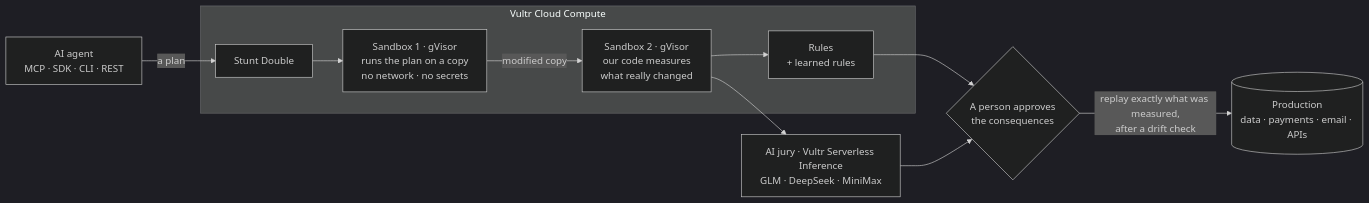
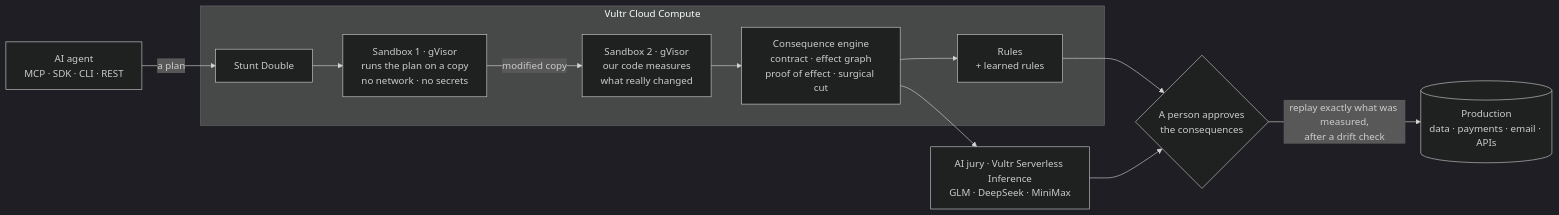
One commit to vidigoat/stunt-double changed the diagram in README.md. Above: the diagram before and after it, drawn with Mermaid (dark theme). The commit also changed other lines of this file and 2 other files, not shown here.

First line of the commit message:
README: the Consequence Engine, layer by layer, on the real refund plan

````diff
--- a/README.md
+++ b/README.md
@@ -42,15 +42,16 @@
 ```mermaid
 flowchart LR
     agent["AI agent<br/>MCP · SDK · CLI · REST"] -->|"a plan"| api
 
     subgraph vm["Vultr Cloud Compute"]
         api["Stunt Double"] --> p1["Sandbox 1 · gVisor<br/>runs the plan on a copy<br/>no network · no secrets"]
         p1 -->|"modified copy"| p2["Sandbox 2 · gVisor<br/>our code measures<br/>what really changed"]
-        p2 --> rules["Rules<br/>+ learned rules"]
+        p2 --> engine["Consequence engine<br/>contract · effect graph<br/>proof of effect · surgical cut"]
+        engine --> rules["Rules<br/>+ learned rules"]
     end
 
-    p2 --> jury["AI jury · Vultr Serverless Inference<br/>GLM · DeepSeek · MiniMax"]
+    engine --> jury["AI jury · Vultr Serverless Inference<br/>GLM · DeepSeek · MiniMax"]
     rules --> human{"A person approves<br/>the consequences"}
     jury --> human
     human -->|"replay exactly what was measured,<br/>after a drift check"| prod[("Production<br/>data · payments · email · APIs")]
 ```
````
